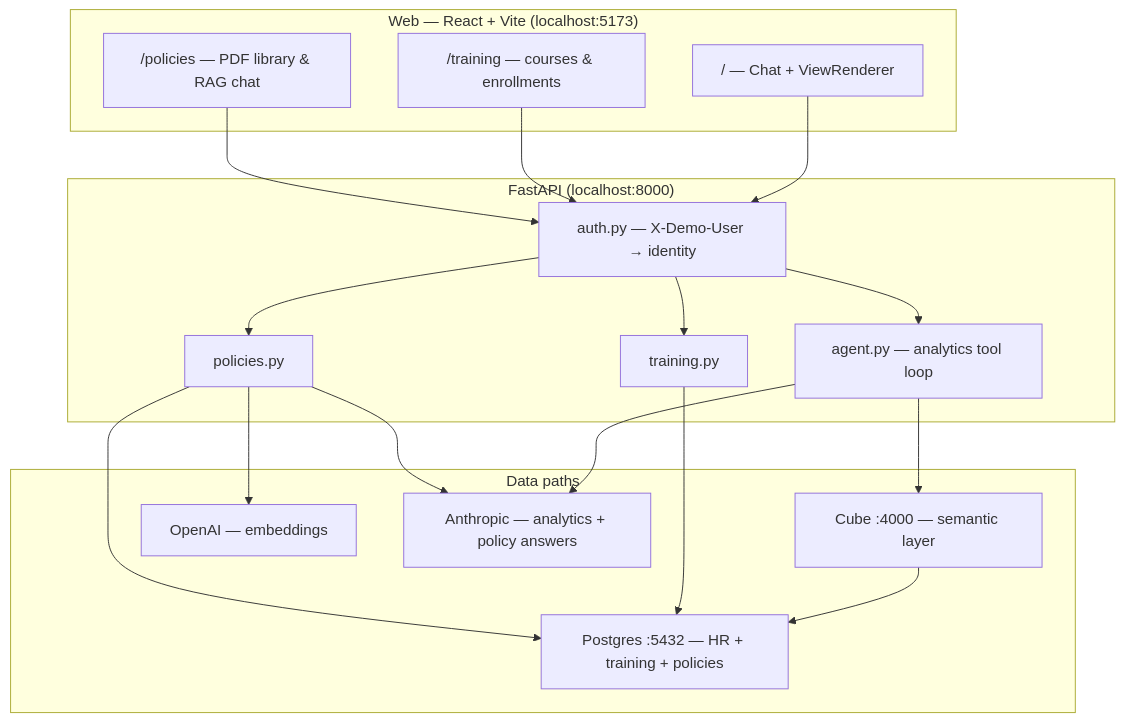
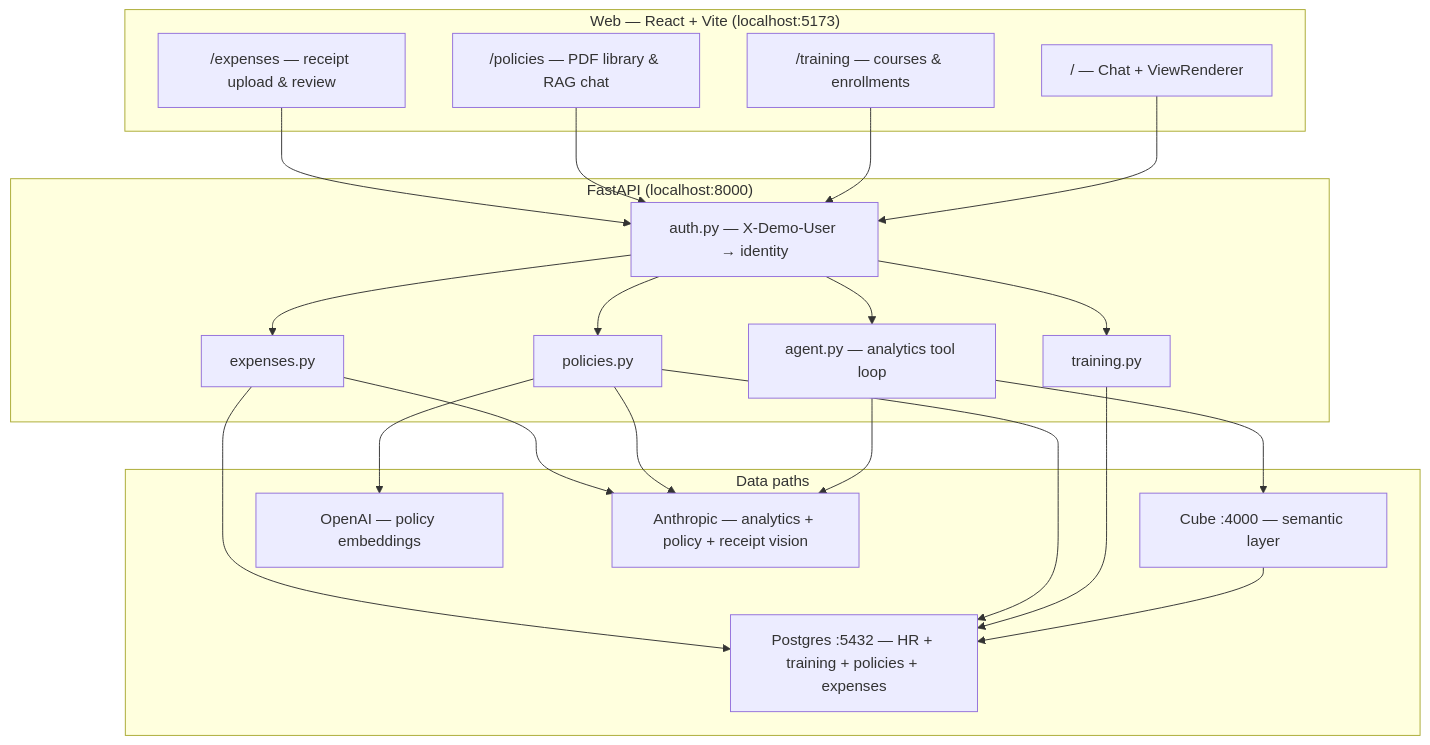
The first of 14 diagrams in README.md (EmiRoberti77/hr_manager), drawn with Mermaid before and after one commit. The commit also changed other lines of this file and 21 other files, not shown here.

````diff
--- a/README.md
+++ b/README.md
@@ -31,29 +47,33 @@
 ```mermaid
 flowchart TB
     subgraph UI["Web — React + Vite (localhost:5173)"]
         Analytics["/ — Chat + ViewRenderer"]
         Training["/training — courses & enrollments"]
         Policies["/policies — PDF library & RAG chat"]
+        Expenses["/expenses — receipt upload & review"]
     end
 
     subgraph API["FastAPI (localhost:8000)"]
         Auth["auth.py — X-Demo-User → identity"]
         Agent["agent.py — analytics tool loop"]
         TrainAPI["training.py"]
         PolicyAPI["policies.py"]
+        ExpAPI["expenses.py"]
     end
 
     subgraph DataPaths["Data paths"]
         Cube["Cube :4000 — semantic layer"]
-        PG["Postgres :5432 — HR + training + policies"]
-        OpenAI["OpenAI — embeddings"]
-        Claude["Anthropic — analytics + policy answers"]
+        PG["Postgres :5432 — HR + training + policies + expenses"]
+        OpenAI["OpenAI — policy embeddings"]
+        Claude["Anthropic — analytics + policy + receipt vision"]
     end
 
     Analytics --> Auth --> Agent --> Cube --> PG
     Training --> Auth --> TrainAPI --> PG
     Policies --> Auth --> PolicyAPI --> PG
+    Expenses --> Auth --> ExpAPI --> PG
     PolicyAPI --> OpenAI
     Agent --> Claude
     PolicyAPI --> Claude
+    ExpAPI --> Claude
 ```
````
